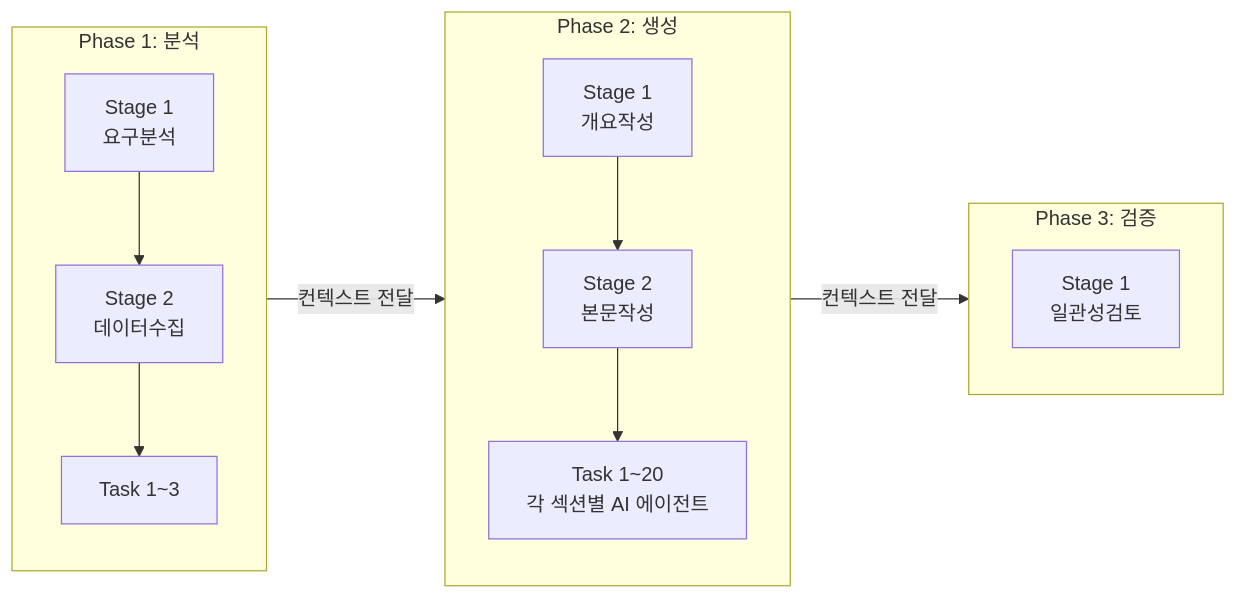
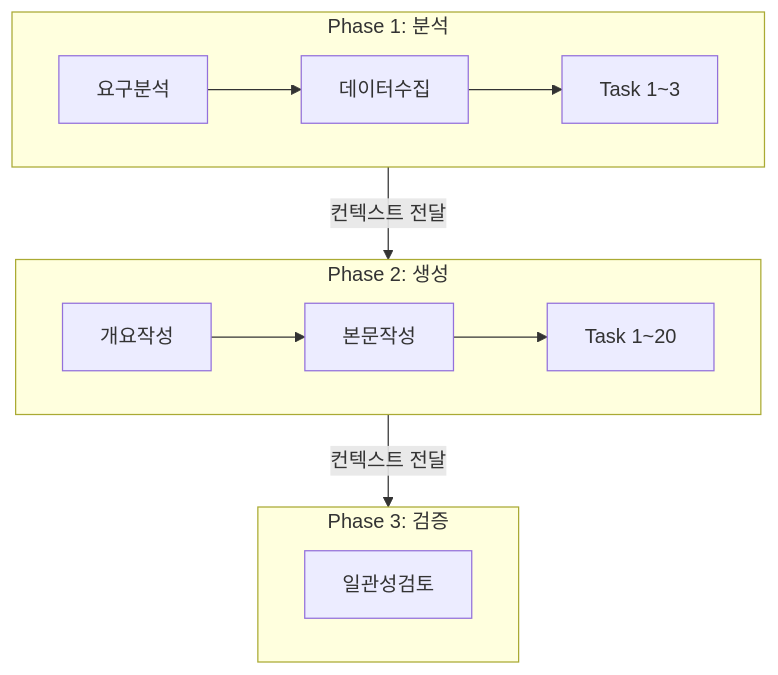
The second of 4 diagrams in output/기술경력서_김성식.md (menaje/profile), drawn with Mermaid before and after one commit. The commit also changed other lines of this file and 1 other file, not shown here.

Commit message:
style: 가로형 다이어그램을 세로형으로 변경

````diff
--- a/output/기술경력서_김성식.md
+++ b/output/기술경력서_김성식.md
@@ -180,24 +180,18 @@
 ```mermaid
-flowchart LR
+flowchart TB
     subgraph Phase1["Phase 1: 분석"]
-        S1_1["Stage 1<br/>요구분석"]
-        S1_2["Stage 2<br/>데이터수집"]
-        T1["Task 1~3"]
-
-        S1_1 --> S1_2 --> T1
+        S1_1["요구분석"] --> S1_2["데이터수집"] --> T1["Task 1~3"]
     end
 
+    Phase1 -->|컨텍스트 전달| Phase2
+
     subgraph Phase2["Phase 2: 생성"]
-        S2_1["Stage 1<br/>개요작성"]
-        S2_2["Stage 2<br/>본문작성"]
-        T2["Task 1~20<br/>각 섹션별 AI 에이전트"]
-
-        S2_1 --> S2_2 --> T2
+        S2_1["개요작성"] --> S2_2["본문작성"] --> T2["Task 1~20"]
     end
 
+    Phase2 -->|컨텍스트 전달| Phase3
+
     subgraph Phase3["Phase 3: 검증"]
-        S3_1["Stage 1<br/>일관성검토"]
+        S3_1["일관성검토"]
     end
-
-    Phase1 -->|컨텍스트 전달| Phase2 -->|컨텍스트 전달| Phase3
 ```
````
